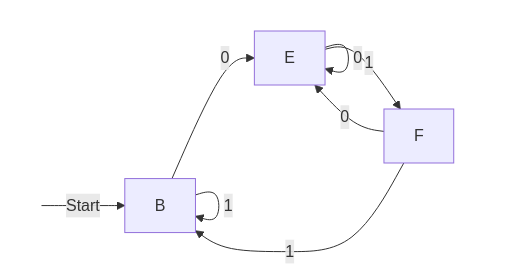
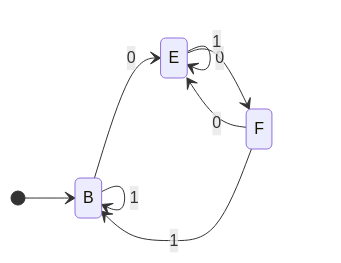
One commit to leaderli/obsidian changed the third of 3 diagrams in md/自动机理论.md. Above: the diagram before and after it, drawn with Mermaid. The commit also changed other lines of this file and 5 other files, not shown here.

````diff
--- a/md/自动机理论.md
+++ b/md/自动机理论.md
@@ -210,11 +210,12 @@
 ```mermaid
-graph LR;
-begin( )-->|Start|B
-B-->|0|E
-B-->|1|B
-E-->|0|E
-E-->|1|F
-F-->|0|E
-F-->|1|B
-style begin color:white,fill:white,stroke:white
+
+stateDiagram-v2
+direction LR
+[*]-->B
+B-->E:0
+B-->B:1
+E-->E:0
+E-->F:1
+F-->E:0
+F-->B:1
 ```
````
